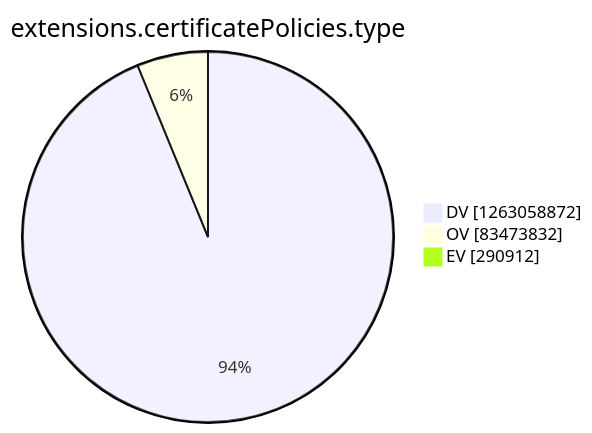
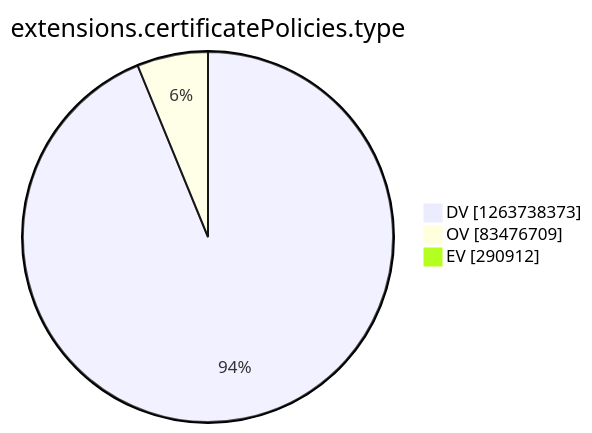
Before and after one commit to christiankrug/ctmonitor_visualization: the tenth of 15 diagrams in argon2022/README.md, drawn with Mermaid. The commit also changed other lines of this file, not shown here.

````diff
--- a/argon2022/README.md
+++ b/argon2022/README.md
@@ -2771,7 +2771,7 @@
 ```mermaid
 pie showData
 title extensions.certificatePolicies.type
-"DV" :1263058872
-"OV" :83473832
+"DV" :1263738373
+"OV" :83476709
 "EV" :290912
 ```
````
